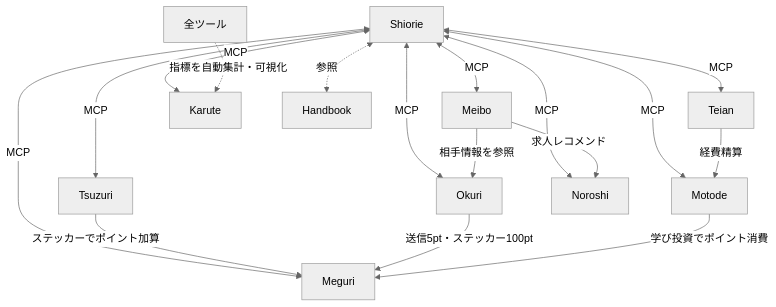
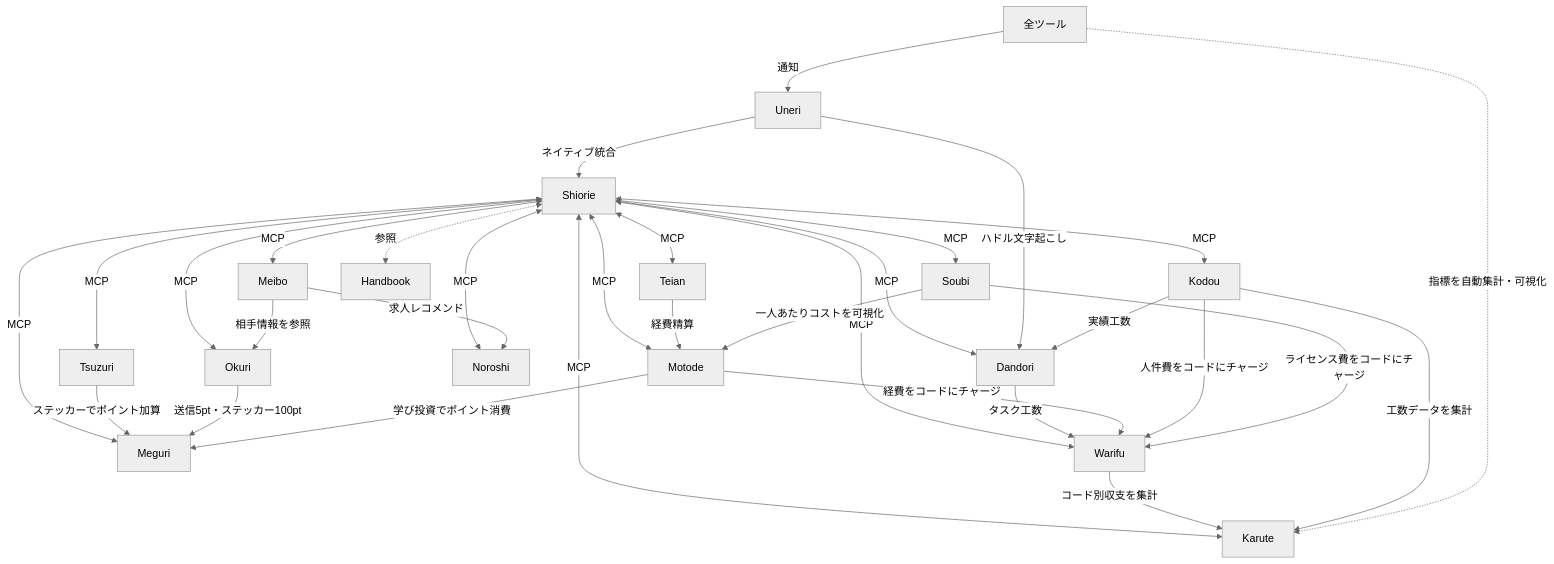
One commit to hajimism/tanden-docs changed the diagram in content/docs/tools/integration.mdx. Above: the diagram before and after it, drawn with Mermaid (neutral theme). The commit also changed other lines of this file and 29 other files, not shown here.

````diff
--- a/content/docs/tools/integration.mdx
+++ b/content/docs/tools/integration.mdx
@@ -6,19 +6,34 @@
 ```mermaid
 graph TB
+  Uneri -->|ネイティブ統合| Shiorie
   Shiorie <-->|MCP| Meibo
   Shiorie <-->|MCP| Tsuzuri
   Shiorie <-->|MCP| Okuri
   Shiorie <-->|MCP| Teian
   Shiorie <-->|MCP| Karute
   Shiorie <-->|MCP| Meguri
   Shiorie <-->|MCP| Motode
   Shiorie <-->|MCP| Noroshi
+  Shiorie <-->|MCP| Warifu
+  Shiorie <-->|MCP| Kodou
+  Shiorie <-->|MCP| Dandori
+  Shiorie <-->|MCP| Soubi
   Shiorie <-.->|参照| Handbook
+  Uneri -->|ハドル文字起こし| Dandori
+  Kodou -->|実績工数| Dandori
+  Dandori -->|タスク工数| Warifu
+  全ツール -->|通知| Uneri
   Teian -->|経費精算| Motode
   Meibo -->|相手情報を参照| Okuri
   Meibo -->|求人レコメンド| Noroshi
   Tsuzuri -->|ステッカーでポイント加算| Meguri
   Okuri -->|送信5pt・ステッカー100pt| Meguri
   Motode -->|学び投資でポイント消費| Meguri
+  Motode -->|経費をコードにチャージ| Warifu
+  Kodou -->|人件費をコードにチャージ| Warifu
+  Soubi -->|ライセンス費をコードにチャージ| Warifu
+  Soubi -->|一人あたりコストを可視化| Motode
+  Warifu -->|コード別収支を集計| Karute
+  Kodou -->|工数データを集計| Karute
   全ツール -.->|指標を自動集計・可視化| Karute
 ```
````
